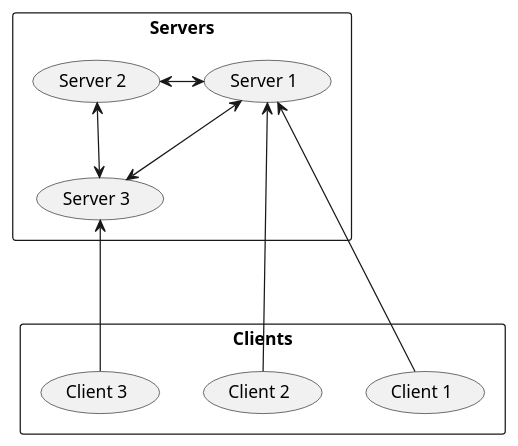
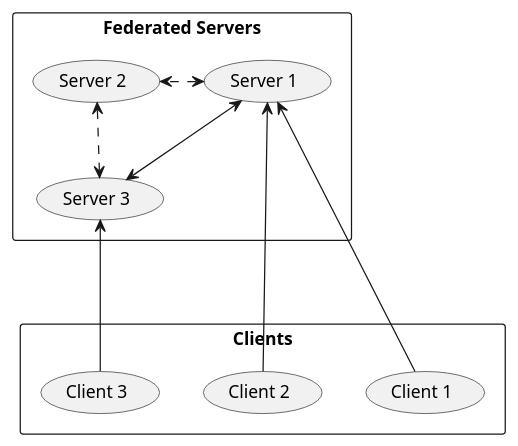
Before and after one commit to Phyrone/voicechatapp: the diagram in notes/structure.puml, drawn with PlantUML. The commit also changed 4 other files, not shown here.

```diff
--- a/notes/structure.puml
+++ b/notes/structure.puml
@@ -1,16 +1,14 @@
 @startuml
-rectangle Servers{
-(Server 1) <-> (Server 2)
-(Server 1) <--> (Server 3)
-(Server 2) <--> (Server 3)
+rectangle "Federated Servers"{
+  (Server 1) <.> (Server 2)
+  (Server 1) <--> (Server 3)
+  (Server 2) <..> (Server 3)
 }
 
 rectangle Clients{
   (Server 1) <--- (Client 1)
   (Server 1) <--- (Client 2)
   (Server 3) <--- (Client 3)
 }
 
-
-
 @enduml
```
